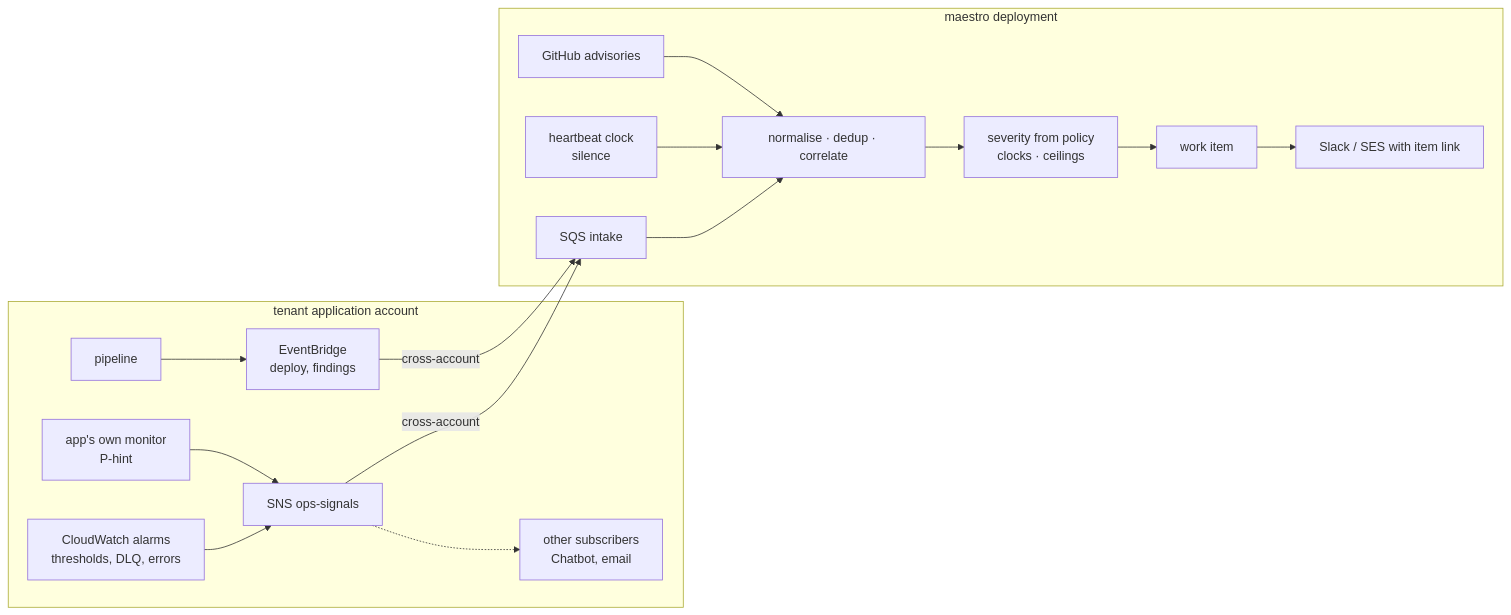
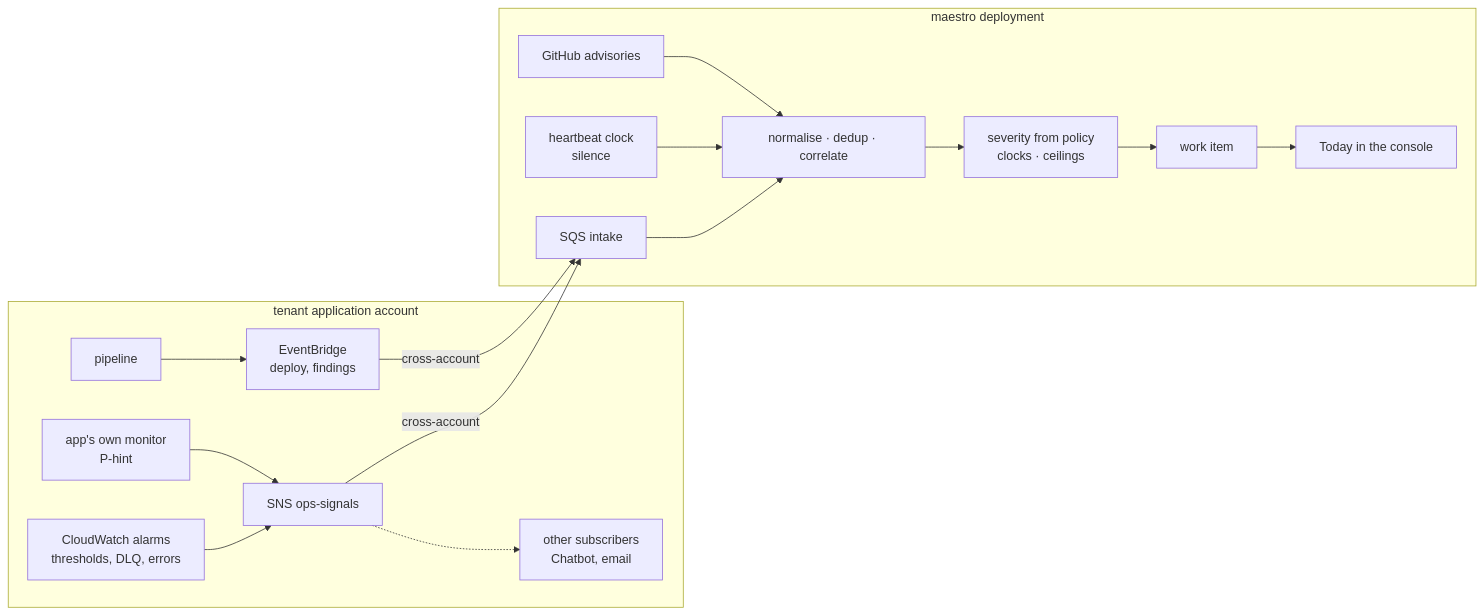
One commit to fps4/maestro changed the fourth of 4 diagrams in docs/diagrams.md. Above: the diagram before and after it, drawn with Mermaid. The commit also changed other lines of this file and 12 other files, not shown here.

First line of the commit message:
ADR-0023 (proposed) and the open decisions taken: alerts in one console; the roadmap's decisions recorded (#34)

````diff
--- a/docs/diagrams.md
+++ b/docs/diagrams.md
@@ -91,19 +91,19 @@
 ```mermaid
 flowchart LR
     subgraph tenant application account
         AL[CloudWatch alarms<br/>thresholds, DLQ, errors] --> T[SNS ops-signals]
         MON[app's own monitor<br/>P-hint] --> T
         PIPE[pipeline] --> EB[EventBridge<br/>deploy, findings]
         T -.-> OTHER[other subscribers<br/>Chatbot, email]
     end
     subgraph maestro deployment
         T -->|cross-account| Q[SQS intake]
         EB -->|cross-account| Q
         Q --> N[normalise · dedup · correlate]
         N --> POL[severity from policy<br/>clocks · ceilings]
         POL --> ITEM[work item]
-        ITEM --> NOTIFY[Slack / SES with item link]
+        ITEM --> NOTIFY[Today in the console]
         HB[heartbeat clock<br/>silence] --> N
         ADV[GitHub advisories] --> N
     end
 ```
````
